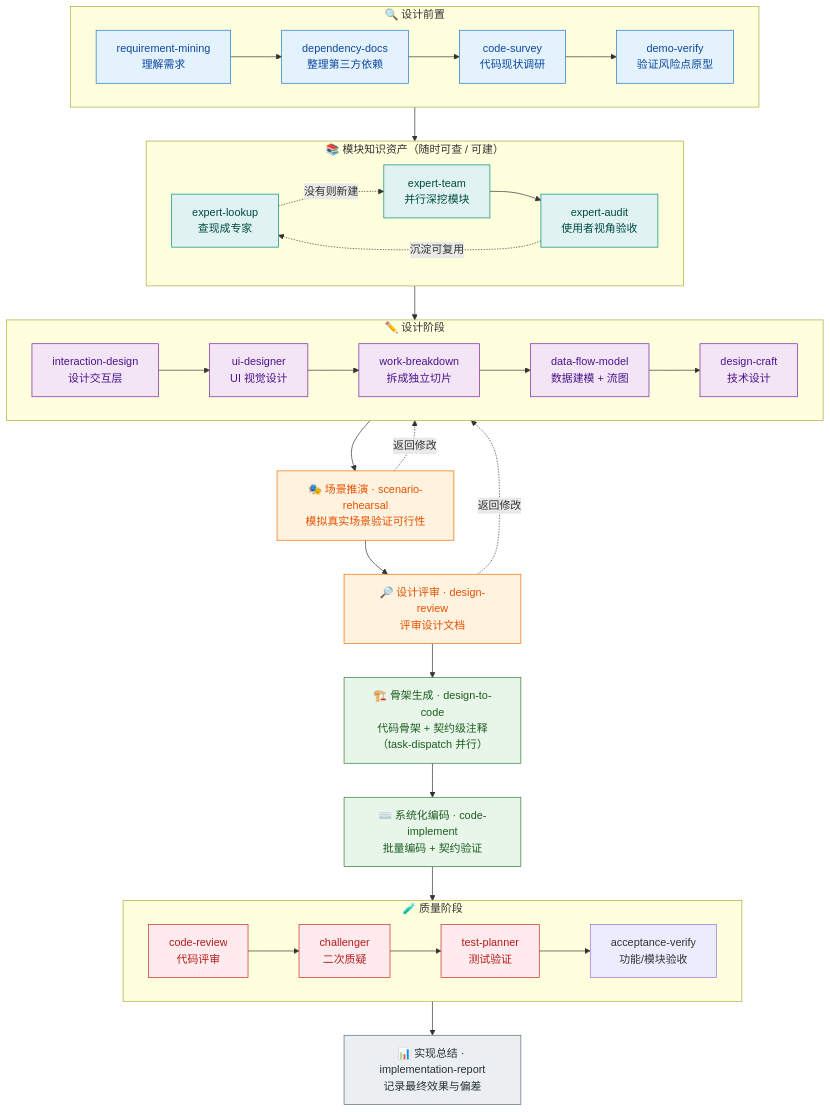
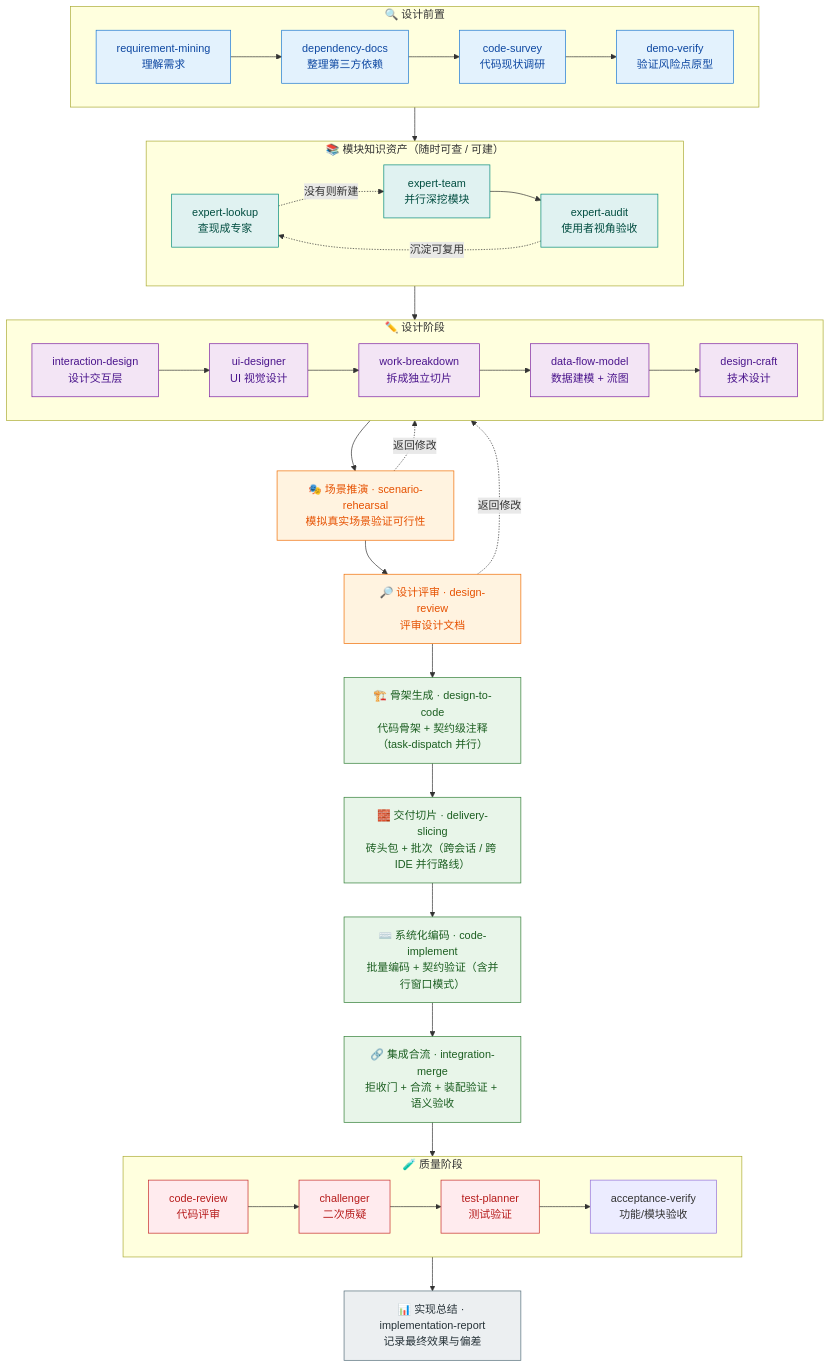
Before and after one commit to HACK-WU/skills: the diagram in README.md, drawn with Mermaid. The commit also changed other lines of this file and 13 other files, not shown here.

````diff
--- a/README.md
+++ b/README.md
@@ -120,52 +121,54 @@
 ```mermaid
 flowchart TD
     subgraph PRE["🔍 设计前置"]
         direction LR
         RM["requirement-mining<br/>理解需求"] --> DD["dependency-docs<br/>整理第三方依赖"] --> CS["code-survey<br/>代码现状调研"] --> DV["demo-verify<br/>验证风险点原型"]
     end
 
     subgraph DESIGN["✏️ 设计阶段"]
         direction LR
         ID["interaction-design<br/>设计交互层"] --> UID["ui-designer<br/>UI 视觉设计"] --> WB["work-breakdown<br/>拆成独立切片"] --> DFM["data-flow-model<br/>数据建模 + 流图"] --> DC["design-craft<br/>技术设计"]
     end
 
     SR["🎭 场景推演 · scenario-rehearsal<br/>模拟真实场景验证可行性"]
     DR["🔎 设计评审 · design-review<br/>评审设计文档"]
     D2C["🏗️ 骨架生成 · design-to-code<br/>代码骨架 + 契约级注释（task-dispatch 并行）"]
-    CI["⌨️ 系统化编码 · code-implement<br/>批量编码 + 契约验证"]
+    DS["🧱 交付切片 · delivery-slicing<br/>砖头包 + 批次（跨会话 / 跨 IDE 并行路线）"]
+    CI["⌨️ 系统化编码 · code-implement<br/>批量编码 + 契约验证（含并行窗口模式）"]
+    IM["🔗 集成合流 · integration-merge<br/>拒收门 + 合流 + 装配验证 + 语义验收"]
 
     subgraph QA["🧪 质量阶段"]
         direction LR
         CRV["code-review<br/>代码评审"] --> CH["challenger<br/>二次质疑"] --> TP["test-planner<br/>测试验证"] --> AV["acceptance-verify<br/>功能/模块验收"]
     end
 
     IR["📊 实现总结 · implementation-report<br/>记录最终效果与偏差"]
 
     subgraph EXPERT["📚 模块知识资产（随时可查 / 可建）"]
         direction LR
         EL["expert-lookup<br/>查现成专家"] -. 没有则新建 .-> ET["expert-team<br/>并行深挖模块"] --> EA["expert-audit<br/>使用者视角验收"]
         EA -. 沉淀可复用 .-> EL
     end
 
     PRE --> EXPERT --> DESIGN --> SR
     SR -. 返回修改 .-> DESIGN
     SR --> DR
     DR -. 返回修改 .-> DESIGN
-    DR --> D2C --> CI --> QA --> IR
+    DR --> D2C --> DS --> CI --> IM --> QA --> IR
 
     classDef pre fill:#e3f2fd,stroke:#1976d2,color:#0d47a1
     classDef design fill:#f3e5f5,stroke:#7b1fa2,color:#4a148c
     classDef verify fill:#fff3e0,stroke:#ef6c00,color:#e65100
     classDef code fill:#e8f5e9,stroke:#2e7d32,color:#1b5e20
     classDef qa fill:#ffebee,stroke:#c62828,color:#b71c1c
     classDef report fill:#eceff1,stroke:#546e7a,color:#263238
     classDef expert fill:#e0f2f1,stroke:#00897b,color:#004d40
 
     class RM,DD,CS,DV pre
     class ID,UID,WB,DFM,DC design
     class SR,DR verify
-    class D2C,CI code
+    class D2C,DS,CI,IM code
     class CRV,CH,TP qa
     class IR report
     class EL,ET,EA expert
 ```
````
